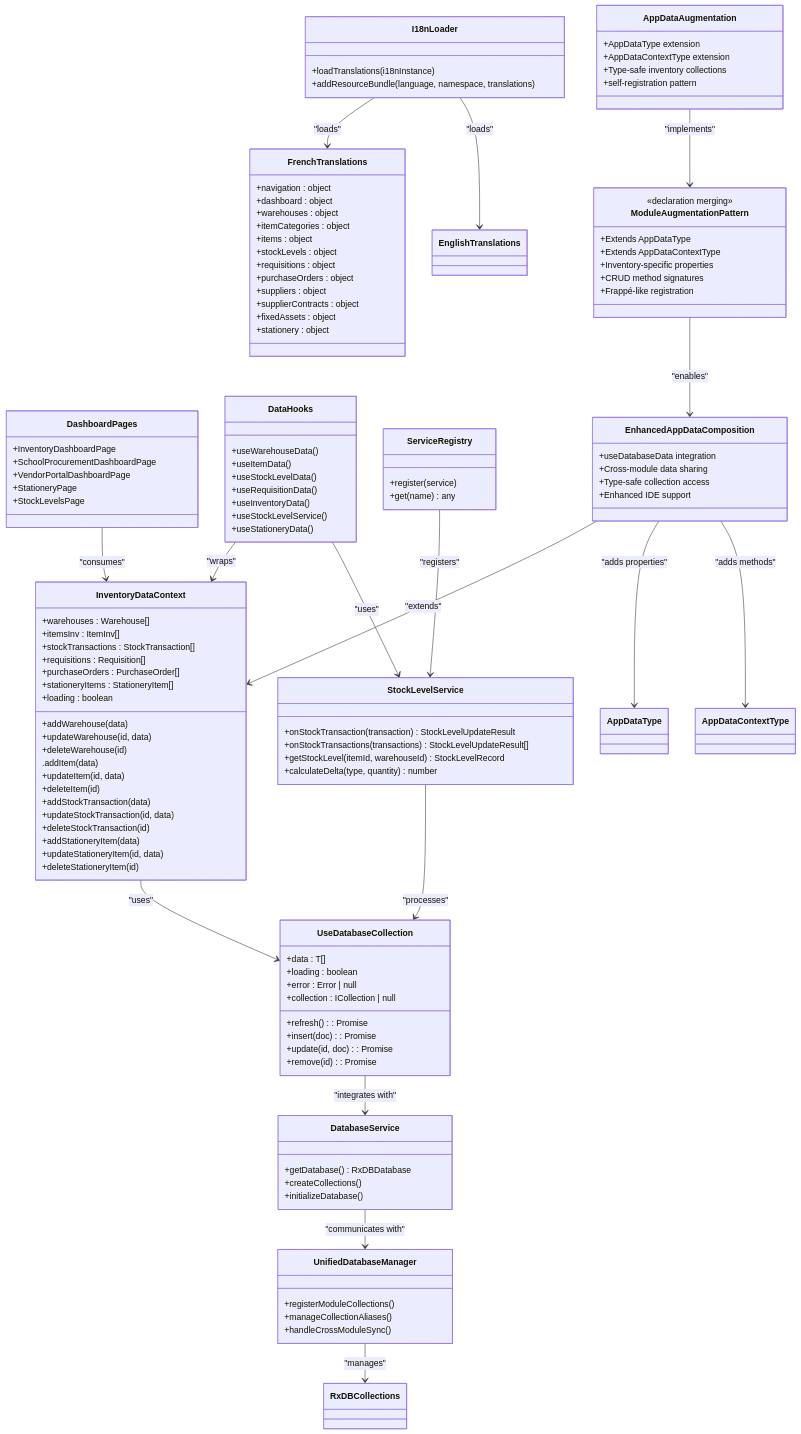
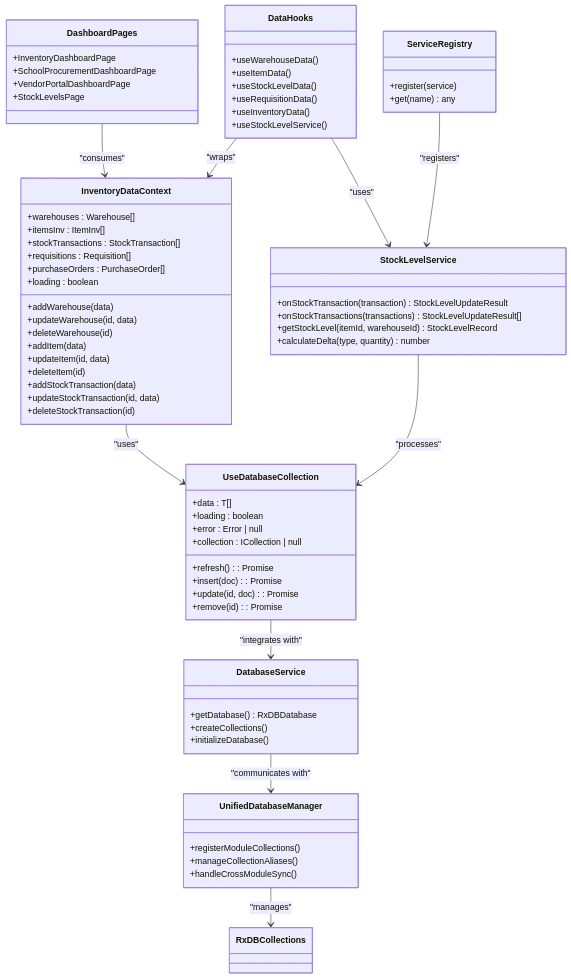
One commit to geniusdynamics/schoolpilot changed the second of 9 diagrams in .qoder/repowiki/en/content/Modules System/Inventory Module.md. Above: the diagram before and after it, drawn with Mermaid. The commit also changed other lines of this file and 311 other files, not shown here.

````diff
--- a/.qoder/repowiki/en/content/Modules System/Inventory Module.md
+++ b/.qoder/repowiki/en/content/Modules System/Inventory Module.md
@@ -310,20 +234,16 @@
 +stockTransactions : StockTransaction[]
 +requisitions : Requisition[]
 +purchaseOrders : PurchaseOrder[]
-+stationeryItems : StationeryItem[]
 +loading : boolean
 +addWarehouse(data)
 +updateWarehouse(id, data)
 +deleteWarehouse(id)
-.addItem(data)
++addItem(data)
 +updateItem(id, data)
 +deleteItem(id)
 +addStockTransaction(data)
 +updateStockTransaction(id, data)
 +deleteStockTransaction(id)
-+addStationeryItem(data)
-+updateStationeryItem(id, data)
-+deleteStationeryItem(id)
 }
 class StockLevelService {
 +onStockTransaction(transaction) StockLevelUpdateResult
@@ -355,7 +275,6 @@
 +InventoryDashboardPage
 +SchoolProcurementDashboardPage
 +VendorPortalDashboardPage
-+StationeryPage
 +StockLevelsPage
 }
 class DataHooks {
@@ -365,49 +284,10 @@
 +useRequisitionData()
 +useInventoryData()
 +useStockLevelService()
-+useStationeryData()
 }
 class ServiceRegistry {
 +register(service)
 +get(name) any
-}
-class I18nLoader {
-+loadTranslations(i18nInstance)
-+addResourceBundle(language, namespace, translations)
-}
-class FrenchTranslations {
-+navigation : object
-+dashboard : object
-+warehouses : object
-+itemCategories : object
-+items : object
-+stockLevels : object
-+requisitions : object
-+purchaseOrders : object
-+suppliers : object
-+supplierContracts : object
-+fixedAssets : object
-+stationery : object
-}
-class AppDataAugmentation {
-+AppDataType extension
-+AppDataContextType extension
-+Type-safe inventory collections
-+self-registration pattern
-}
-class ModuleAugmentationPattern {
-<<declaration merging>>
-+Extends AppDataType
-+Extends AppDataContextType
-+Inventory-specific properties
-+CRUD method signatures
-+Frappé-like registration
-}
-class EnhancedAppDataComposition {
-+useDatabaseData integration
-+Cross-module data sharing
-+Type-safe collection access
-+Enhanced IDE support
 }
 InventoryDataContext --> UseDatabaseCollection : "uses"
 StockLevelService --> UseDatabaseCollection : "processes"
@@ -418,11 +298,4 @@
 DataHooks --> InventoryDataContext : "wraps"
 DataHooks --> StockLevelService : "uses"
 ServiceRegistry --> StockLevelService : "registers"
-I18nLoader --> FrenchTranslations : "loads"
-I18nLoader --> EnglishTranslations : "loads"
-AppDataAugmentation --> ModuleAugmentationPattern : "implements"
-ModuleAugmentationPattern --> EnhancedAppDataComposition : "enables"
-EnhancedAppDataComposition --> InventoryDataContext : "extends"
-EnhancedAppDataComposition --> AppDataType : "adds properties"
-EnhancedAppDataComposition --> AppDataContextType : "adds methods"
 ```
````
